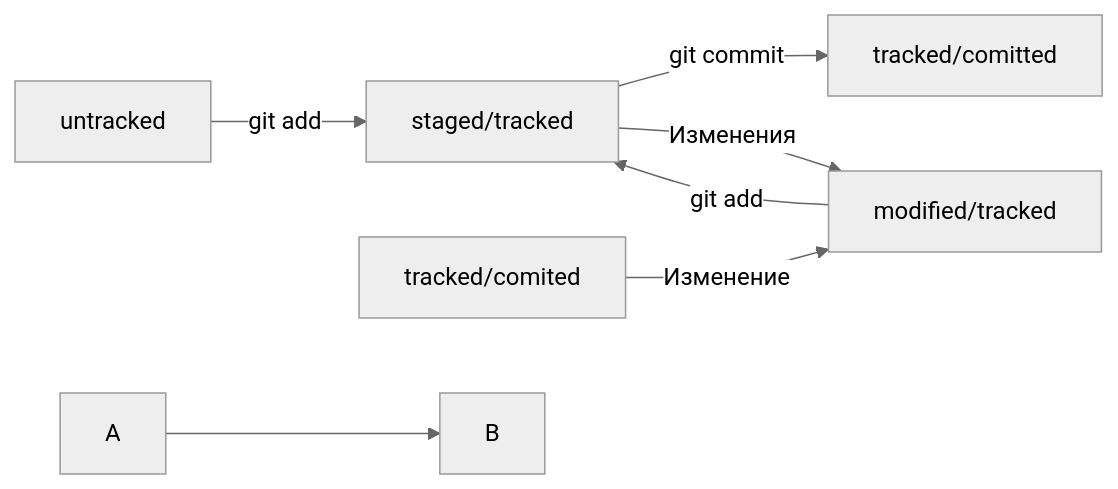
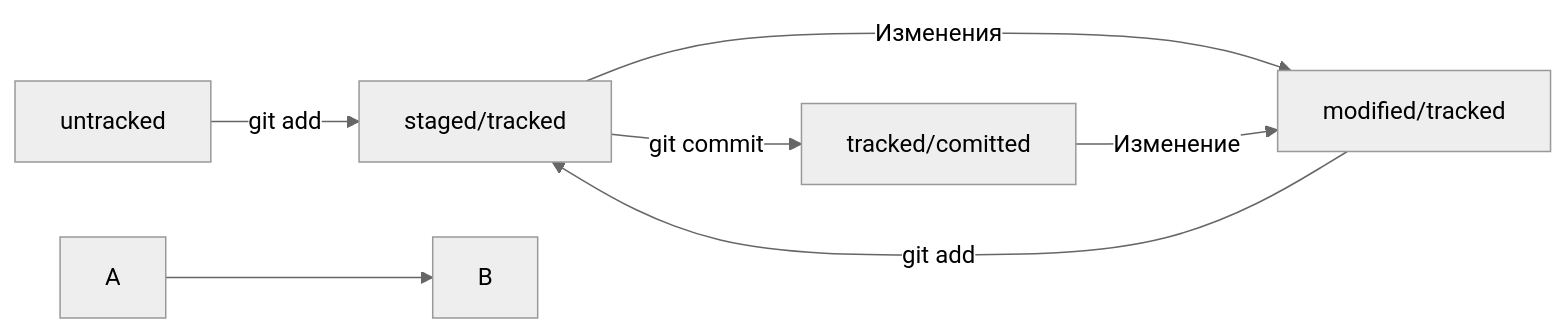
The second of 2 diagrams in README.md (antonivashevich/yandex), drawn with Mermaid (neutral theme) before and after one commit.

Commit message:
Добавление точки tracked/modified(3)

````diff
--- a/README.md
+++ b/README.md
@@ -61,10 +61,10 @@
 ```mermaid
 graph LR;
   untracked -- "git add" --> staged/tracked;
   staged/tracked -- "git commit" --> tracked/comitted;
   staged/tracked -- "Изменения" --> modified/tracked;
-  tracked/comited -- "Изменение" --> modified/tracked;
+  tracked/comitted -- "Изменение" --> modified/tracked;
   modified/tracked -- "git add" --> staged/tracked;
 %% стрелка без текста для примера: 
   A --> B;
 ``` 
````
